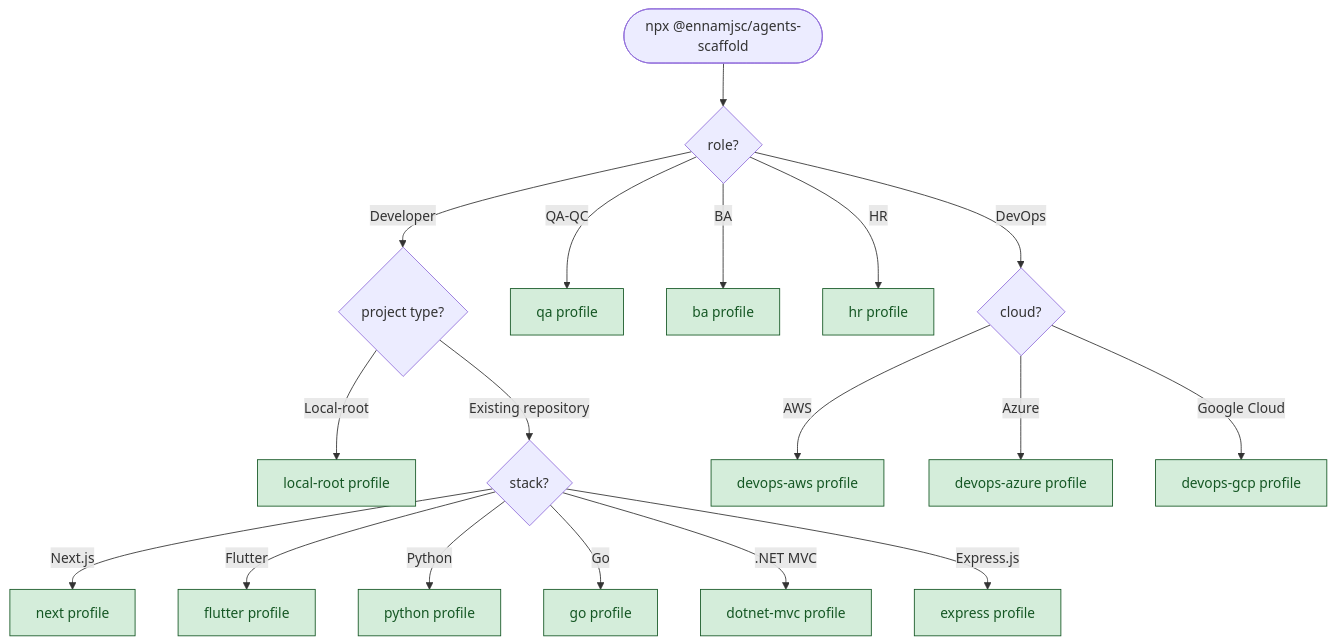
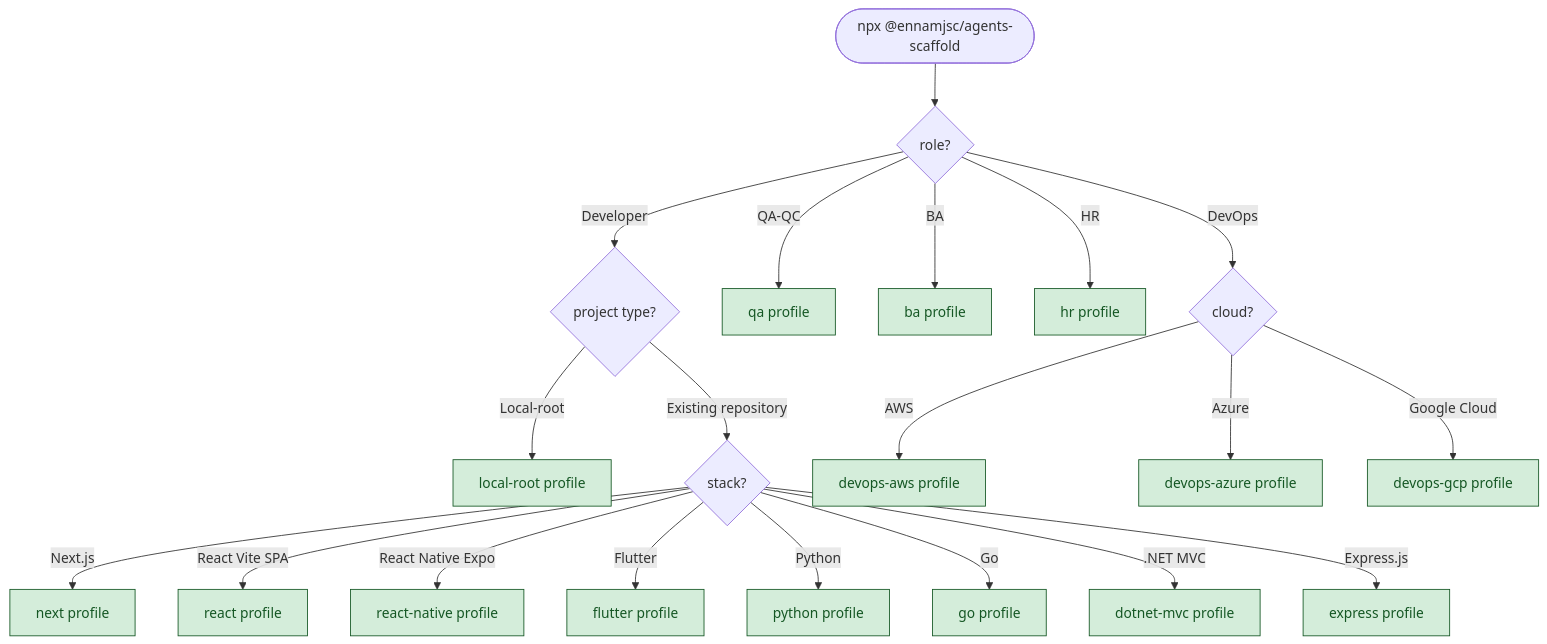
The diagram in README.md (En-Nam/ennam-agents-scaffold), drawn with Mermaid before and after one commit. The commit also changed other lines of this file and 34 other files, not shown here.

````diff
--- a/README.md
+++ b/README.md
@@ -29,27 +29,29 @@
 ```mermaid
 flowchart TD
     Start([npx @ennamjsc/agents-scaffold]) --> Role{role?}
 
     Role -->|Developer| PType{project type?}
     Role -->|QA-QC| QA[qa profile]
     Role -->|BA| BA[ba profile]
     Role -->|HR| HR[hr profile]
     Role -->|DevOps| Cloud{cloud?}
 
     PType -->|Local-root| LR[local-root profile]
     PType -->|Existing repository| Stack{stack?}
 
     Stack -->|Next.js| Next[next profile]
+    Stack -->|React Vite SPA| React[react profile]
+    Stack -->|React Native Expo| RN[react-native profile]
     Stack -->|Flutter| Flutter[flutter profile]
     Stack -->|Python| Python[python profile]
     Stack -->|Go| Go[go profile]
     Stack -->|.NET MVC| Dotnet[dotnet-mvc profile]
     Stack -->|Express.js| Express[express profile]
 
     Cloud -->|AWS| AWS[devops-aws profile]
     Cloud -->|Azure| Azure[devops-azure profile]
     Cloud -->|Google Cloud| GCP[devops-gcp profile]
 
     classDef leaf fill:#d4edda,stroke:#155724,color:#155724;
-    class QA,BA,HR,LR,Next,Flutter,Python,Go,Dotnet,Express,AWS,Azure,GCP leaf;
+    class QA,BA,HR,LR,Next,React,RN,Flutter,Python,Go,Dotnet,Express,AWS,Azure,GCP leaf;
 ```
````
